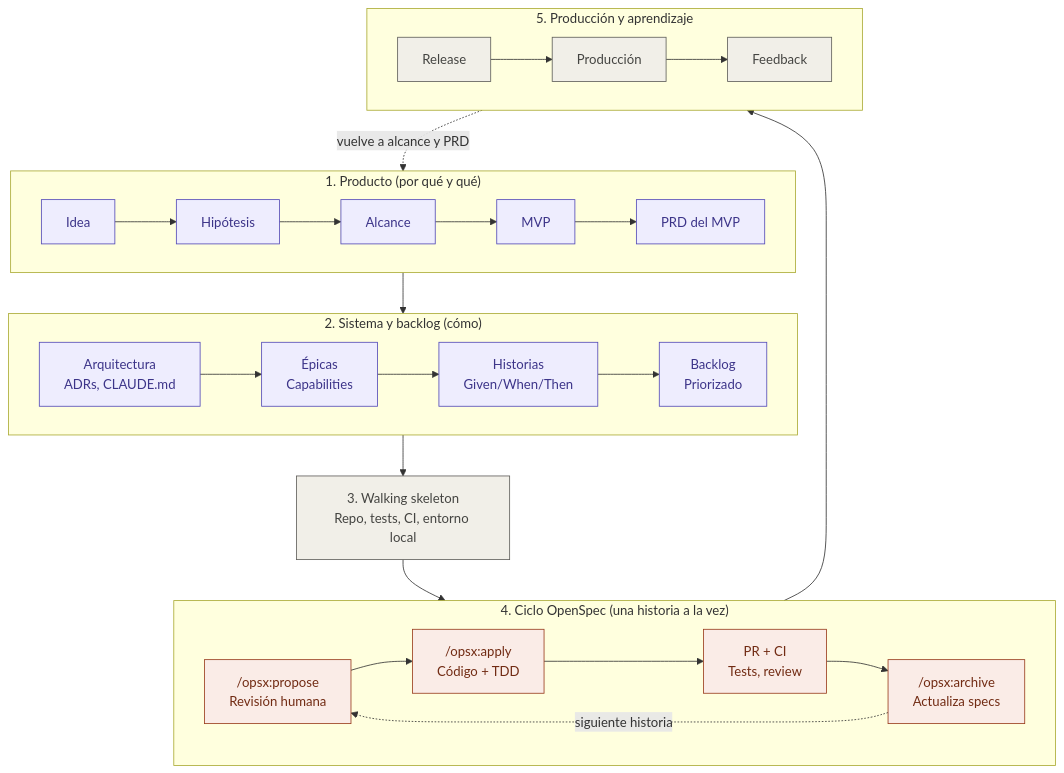
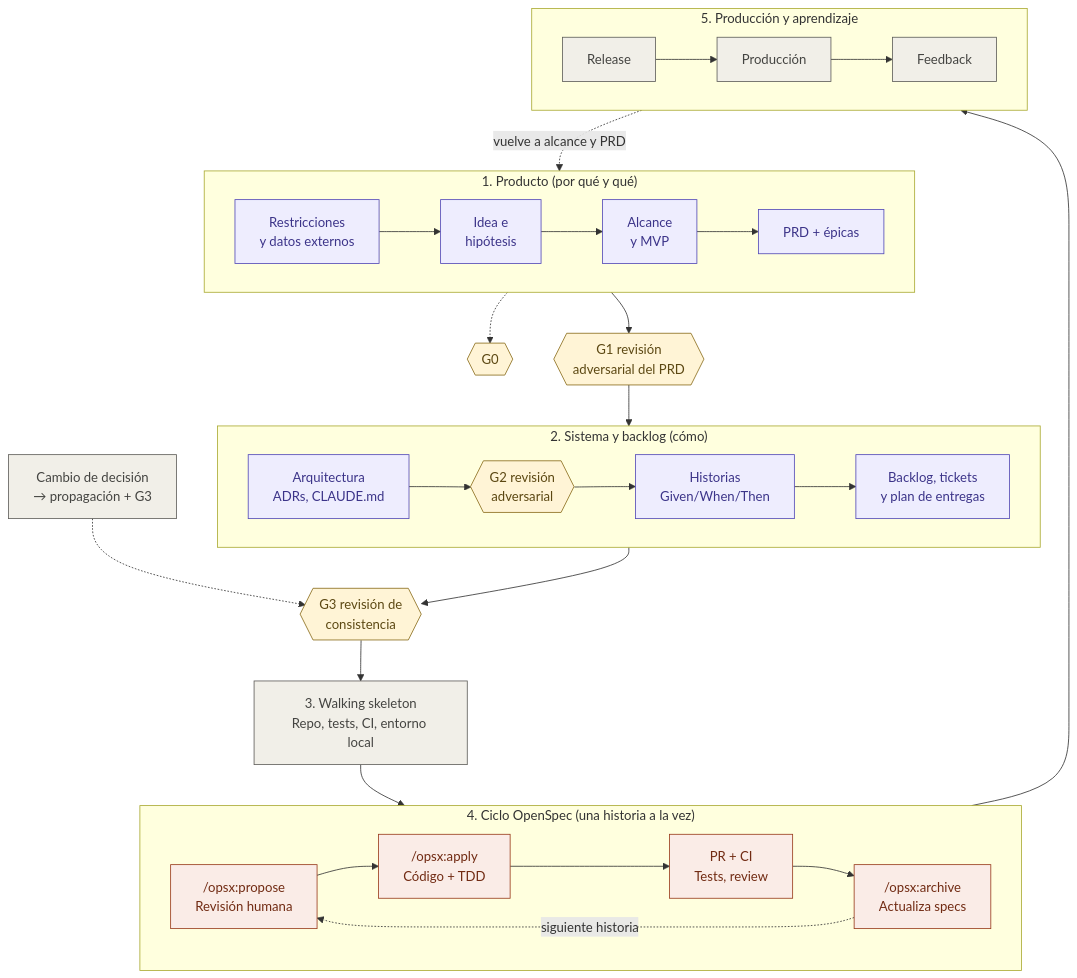
Before and after one commit to LIDR-academy-temp/AI4Devs-finalproject: the diagram in docs/ai-sdlc-claude-code-openspec.md, drawn with Mermaid. The commit also changed other lines of this file and 10 other files, not shown here.

````diff
--- a/docs/ai-sdlc-claude-code-openspec.md
+++ b/docs/ai-sdlc-claude-code-openspec.md
@@ -13,36 +13,45 @@
 ```mermaid
 flowchart TD
     subgraph P1["1. Producto (por qué y qué)"]
         direction LR
-        A1["Idea"] --> A2["Hipótesis"] --> A3["Alcance"] --> A4["MVP"] --> A5["PRD del MVP"]
+        A0["Restricciones<br/>y datos externos"] --> A1["Idea e<br/>hipótesis"] --> A3["Alcance<br/>y MVP"] --> A5["PRD + épicas"]
     end
+    G0{{"G0"}}
+    G1{{"G1 revisión<br/>adversarial del PRD"}}
 
     subgraph P2["2. Sistema y backlog (cómo)"]
         direction LR
-        B1["Arquitectura<br/>ADRs, CLAUDE.md"] --> B2["Épicas<br/>Capabilities"] --> B3["Historias<br/>Given/When/Then"] --> B4["Backlog<br/>Priorizado"]
+        B1["Arquitectura<br/>ADRs, CLAUDE.md"] --> G2{{"G2 revisión<br/>adversarial"}} --> B3["Historias<br/>Given/When/Then"] --> B4["Backlog, tickets<br/>y plan de entregas"]
     end
+    G3{{"G3 revisión de<br/>consistencia"}}
 
     C1["3. Walking skeleton<br/>Repo, tests, CI, entorno local"]
 
     subgraph P4["4. Ciclo OpenSpec (una historia a la vez)"]
         direction LR
         D1["/opsx:propose<br/>Revisión humana"] --> D2["/opsx:apply<br/>Código + TDD"] --> D3["PR + CI<br/>Tests, review"] --> D4["/opsx:archive<br/>Actualiza specs"]
     end
 
     subgraph P5["5. Producción y aprendizaje"]
         direction LR
         E1["Release"] --> E2["Producción"] --> E3["Feedback"]
     end
 
-    P1 --> P2 --> C1 --> P4
+    CH["Cambio de decisión<br/>→ propagación + G3"]
+
+    A0 -.-> G0
+    P1 --> G1 --> P2 --> G3 --> C1 --> P4
     D4 -. "siguiente historia" .-> D1
     P4 --> P5
     E3 -. "vuelve a alcance y PRD" .-> A3
+    CH -.-> G3
 
     classDef producto fill:#EEEDFE,stroke:#534AB7,color:#3C3489
     classDef openspec fill:#FAECE7,stroke:#993C1D,color:#712B13
     classDef neutral fill:#F1EFE8,stroke:#5F5E5A,color:#444441
-    class A1,A2,A3,A4,A5,B1,B2,B3,B4 producto
+    classDef gate fill:#FFF4D6,stroke:#8A6D1B,color:#5C4813
+    class A0,A1,A3,A5,B1,B3,B4 producto
     class D1,D2,D3,D4 openspec
-    class C1,E1,E2,E3 neutral
+    class C1,E1,E2,E3,CH neutral
+    class G0,G1,G2,G3 gate
 ```
````
